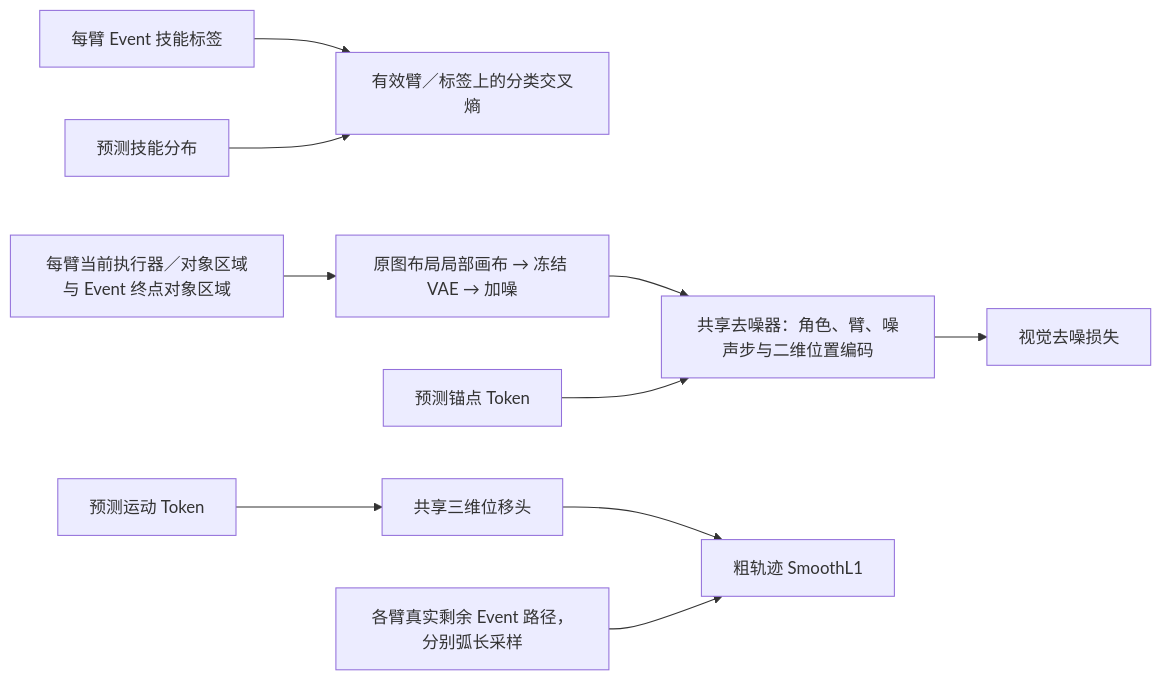
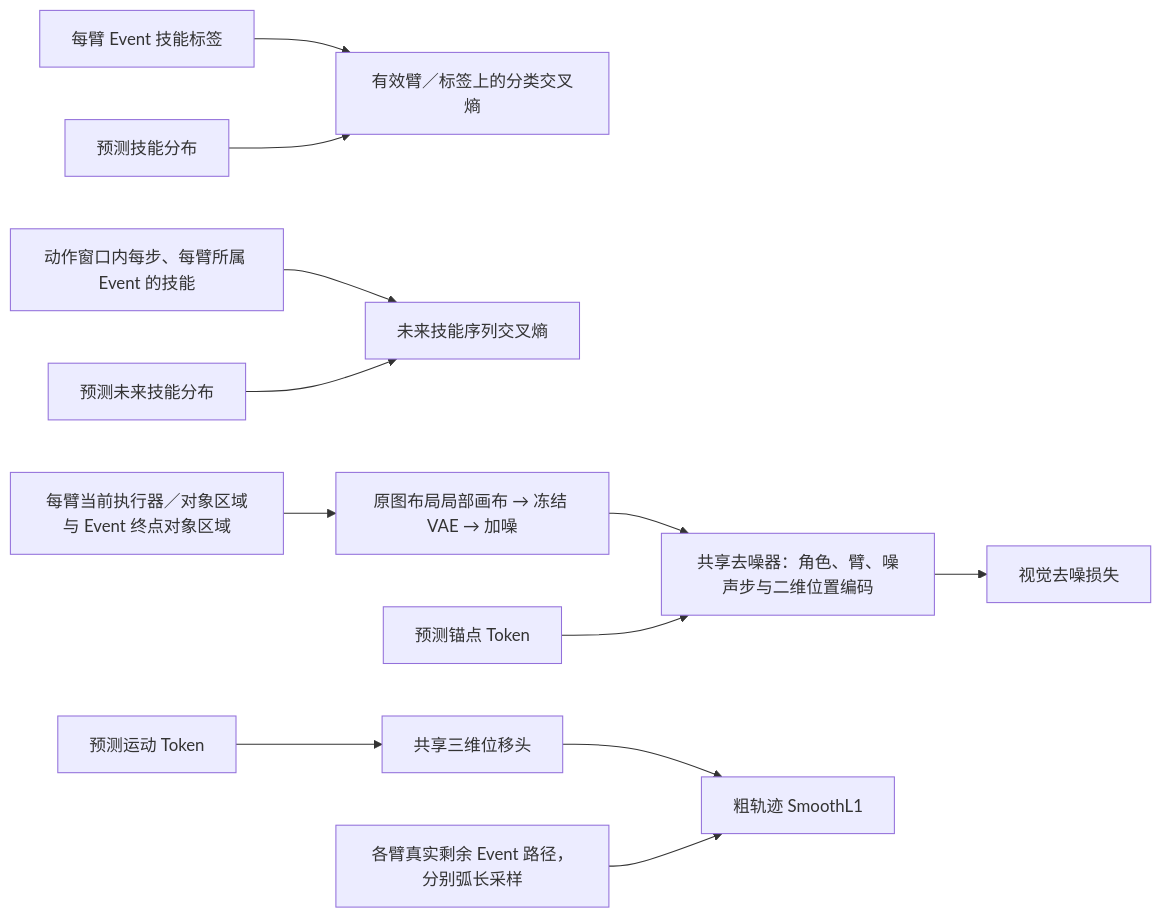
One commit to lyk-nju/ESkill-VLA changed the second of 2 diagrams in docs/design.md. Above: the diagram before and after it, drawn with Mermaid. The commit also changed other lines of this file and 150 other files, not shown here.

````diff
--- a/docs/design.md
+++ b/docs/design.md
@@ -49,12 +62,14 @@
 ```mermaid
 flowchart LR
     LABEL["每臂 Event 技能标签"] --> CE["有效臂／标签上的分类交叉熵"]
     LOGIT["预测技能分布"] --> CE
+    FLABEL["动作窗口内每步、每臂所属 Event 的技能"] --> FCE["未来技能序列交叉熵"]
+    FLOGIT["预测未来技能分布"] --> FCE
     ROI["每臂当前执行器／对象区域与 Event 终点对象区域"] --> ENC["原图布局局部画布 → 冻结 VAE → 加噪"]
     ENC --> DEN["共享去噪器：角色、臂、噪声步与二维位置编码"]
     target_grounding["预测锚点 Token"] --> DEN
     DEN --> LG["视觉去噪损失"]
     latent_motion["预测运动 Token"] --> HEAD["共享三维位移头"]
     HEAD --> LM["粗轨迹 SmoothL1"]
     TRACE["各臂真实剩余 Event 路径，分别弧长采样"] --> LM
 ```
````
